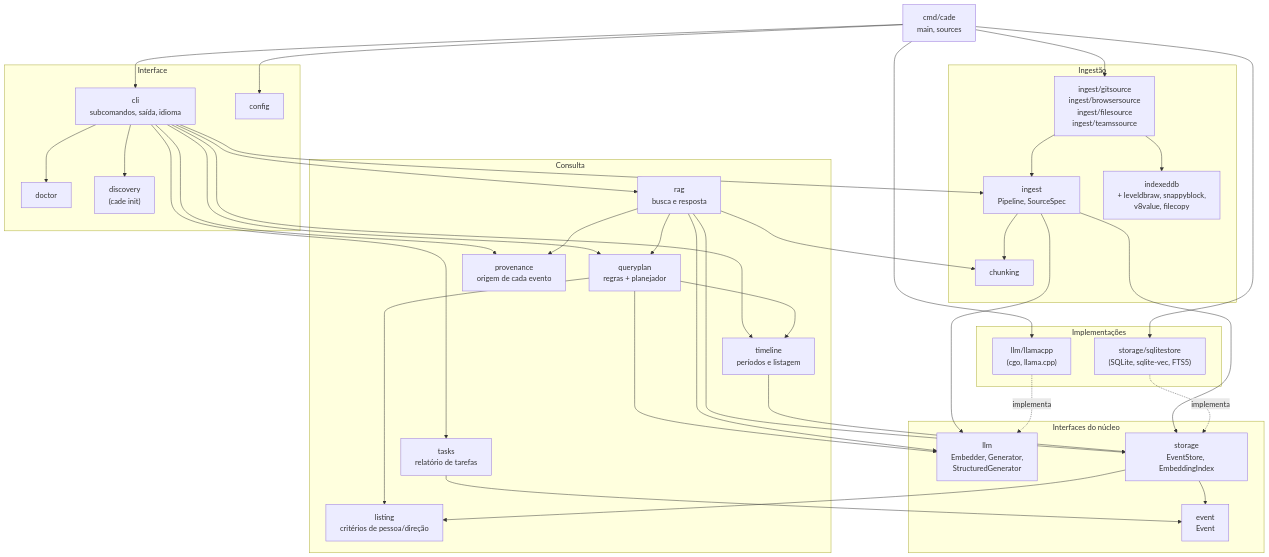
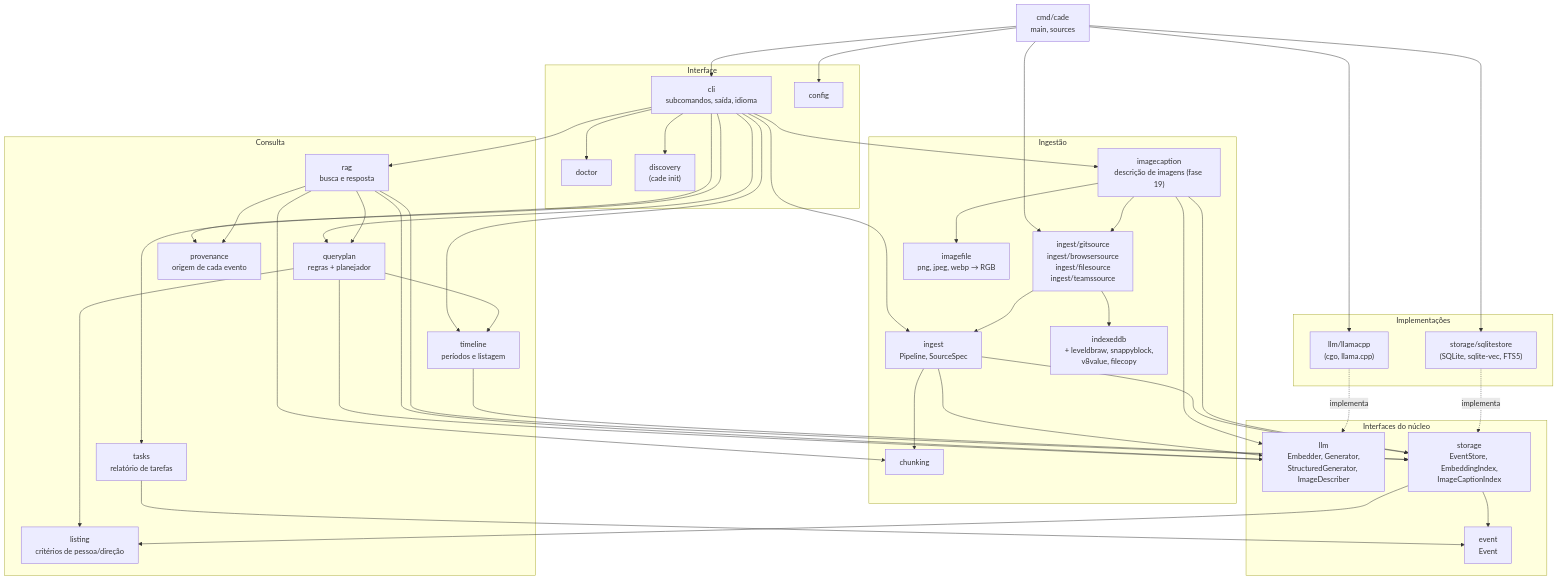
The second of 11 diagrams in docs/ARCHITECTURE.md (Chipskein/cade), drawn with Mermaid before and after one commit. The commit also changed other lines of this file and 9 other files, not shown here.

```diff
--- a/docs/ARCHITECTURE.md
+++ b/docs/ARCHITECTURE.md
@@ -80,11 +82,13 @@
         sources["ingest/gitsource<br/>ingest/browsersource<br/>ingest/filesource<br/>ingest/teamssource"]
         chunking["chunking"]
         indexeddb["indexeddb<br/>+ leveldbraw, snappyblock,<br/>v8value, filecopy"]
+        imagecaption["imagecaption<br/>descrição de imagens (fase 19)"]
+        imagefile["imagefile<br/>png, jpeg, webp → RGB"]
     end
 
     subgraph portas["Interfaces do núcleo"]
-        llm["llm<br/>Embedder, Generator,<br/>StructuredGenerator"]
-        storage["storage<br/>EventStore, EmbeddingIndex"]
+        llm["llm<br/>Embedder, Generator,<br/>StructuredGenerator, ImageDescriber"]
+        storage["storage<br/>EventStore, EmbeddingIndex,<br/>ImageCaptionIndex"]
         event["event<br/>Event"]
     end
 
@@ -106,6 +110,7 @@
     cli --> timeline
     cli --> tasks
     cli --> ingest
+    cli --> imagecaption
     cli --> provenance
 
     queryplan --> llm
@@ -123,6 +128,10 @@
     ingest --> chunking
     ingest --> llm
     ingest --> storage
+    imagecaption --> sources
+    imagecaption --> imagefile
+    imagecaption --> llm
+    imagecaption --> storage
 
     storage --> listing
     storage --> event
```
